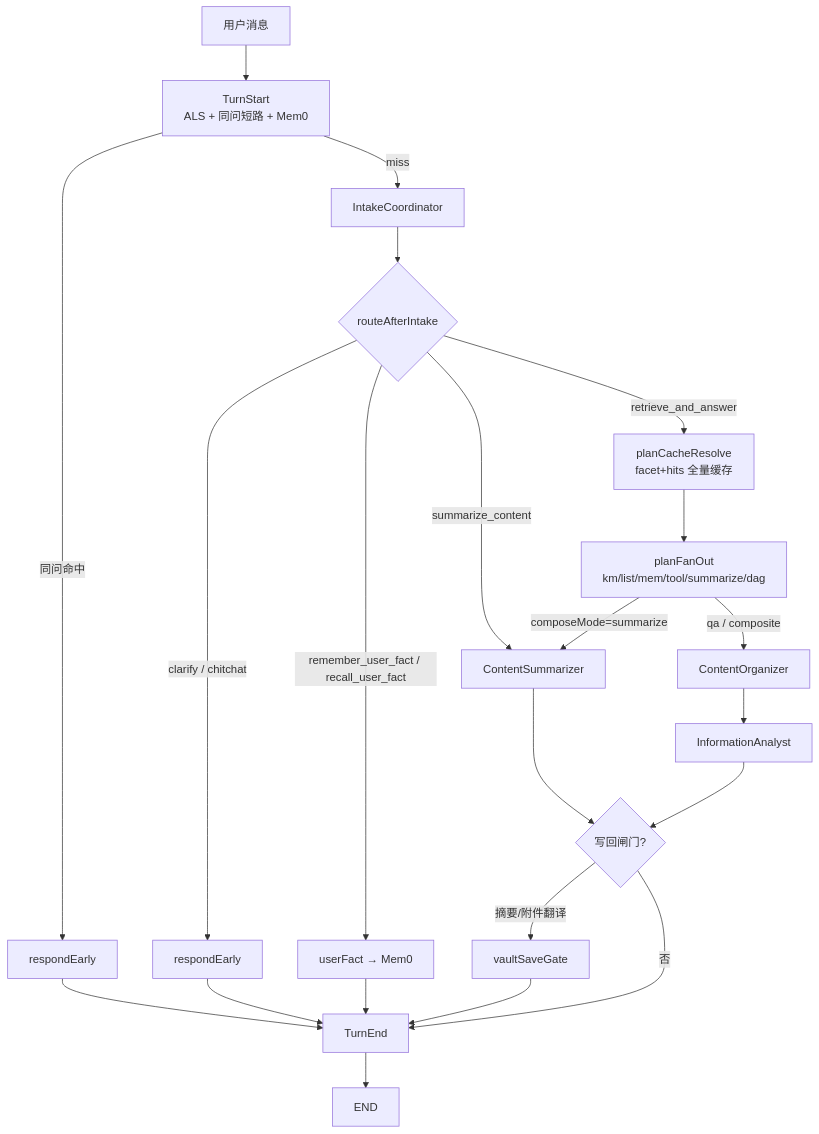
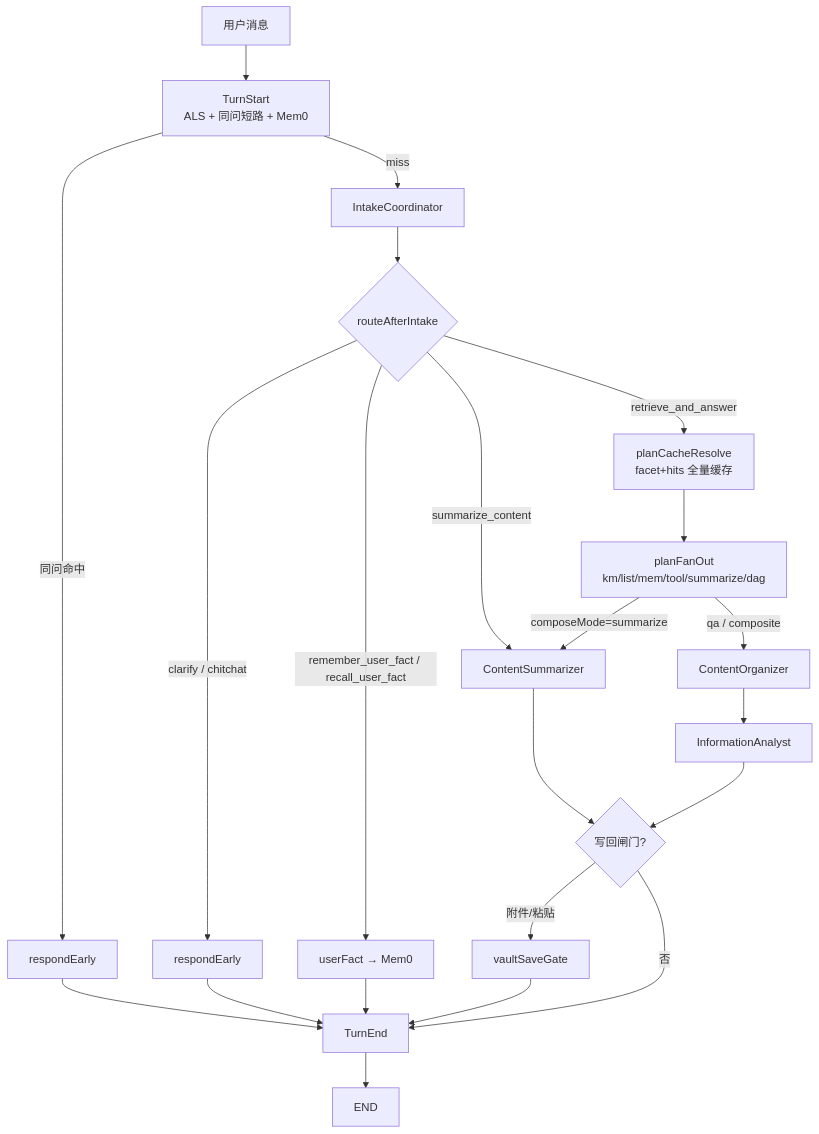
One commit to panzhanfei/agent changed the second of 12 diagrams in docs/02-agent-flows.md. Above: the diagram before and after it, drawn with Mermaid. The commit also changed other lines of this file and 14 other files, not shown here.

Commit message:
vaultSaveGate 做业务功能上的收口

````diff
--- a/docs/02-agent-flows.md
+++ b/docs/02-agent-flows.md
@@ -139,25 +140,25 @@
 ```mermaid
 flowchart TD
   A[用户消息] --> PT[TurnStart<br/>ALS + 同问短路 + Mem0]
   PT -->|同问命中| D0[respondEarly]
   PT -->|miss| B[IntakeCoordinator]
   B --> C{routeAfterIntake}
 
   C -->|clarify / chitchat| D[respondEarly]
   C -->|remember_user_fact / recall_user_fact| UF[userFact → Mem0]
   C -->|summarize_content| CS[ContentSummarizer]
   C -->|retrieve_and_answer| PCR[planCacheResolve<br/>facet+hits 全量缓存]
   PCR --> PE[planFanOut<br/>km/list/mem/tool/summarize/dag]
   PE -->|composeMode=summarize| CS
   PE -->|qa / composite| CO[ContentOrganizer]
   CO --> G[InformationAnalyst]
   G --> GATE{写回闸门?}
   CS --> GATE
-  GATE -->|摘要/附件翻译| VSG[vaultSaveGate]
+  GATE -->|附件/粘贴| VSG[vaultSaveGate]
   GATE -->|否| PST[TurnEnd]
   VSG --> PST
   D --> PST
   UF --> PST
   D0 --> PST
   PST --> END_NODE[END]
 ```
````
